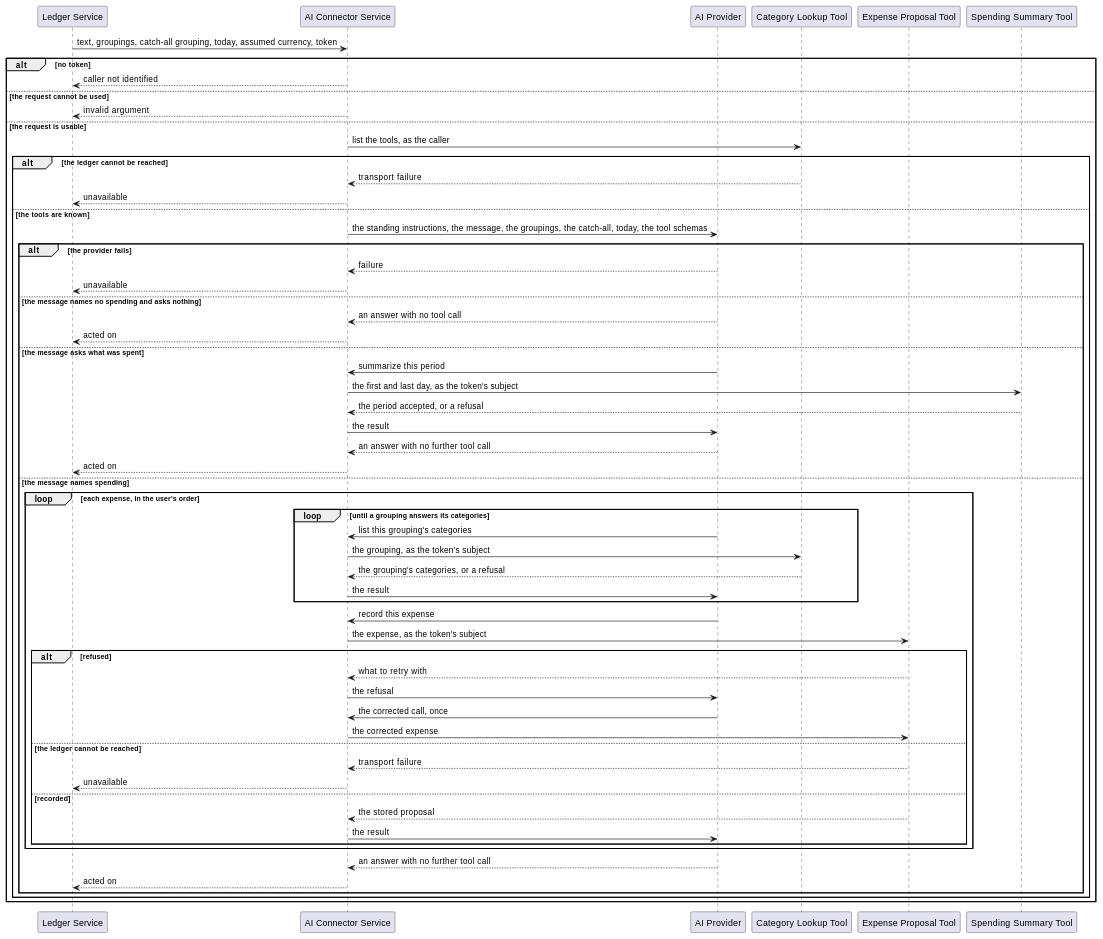
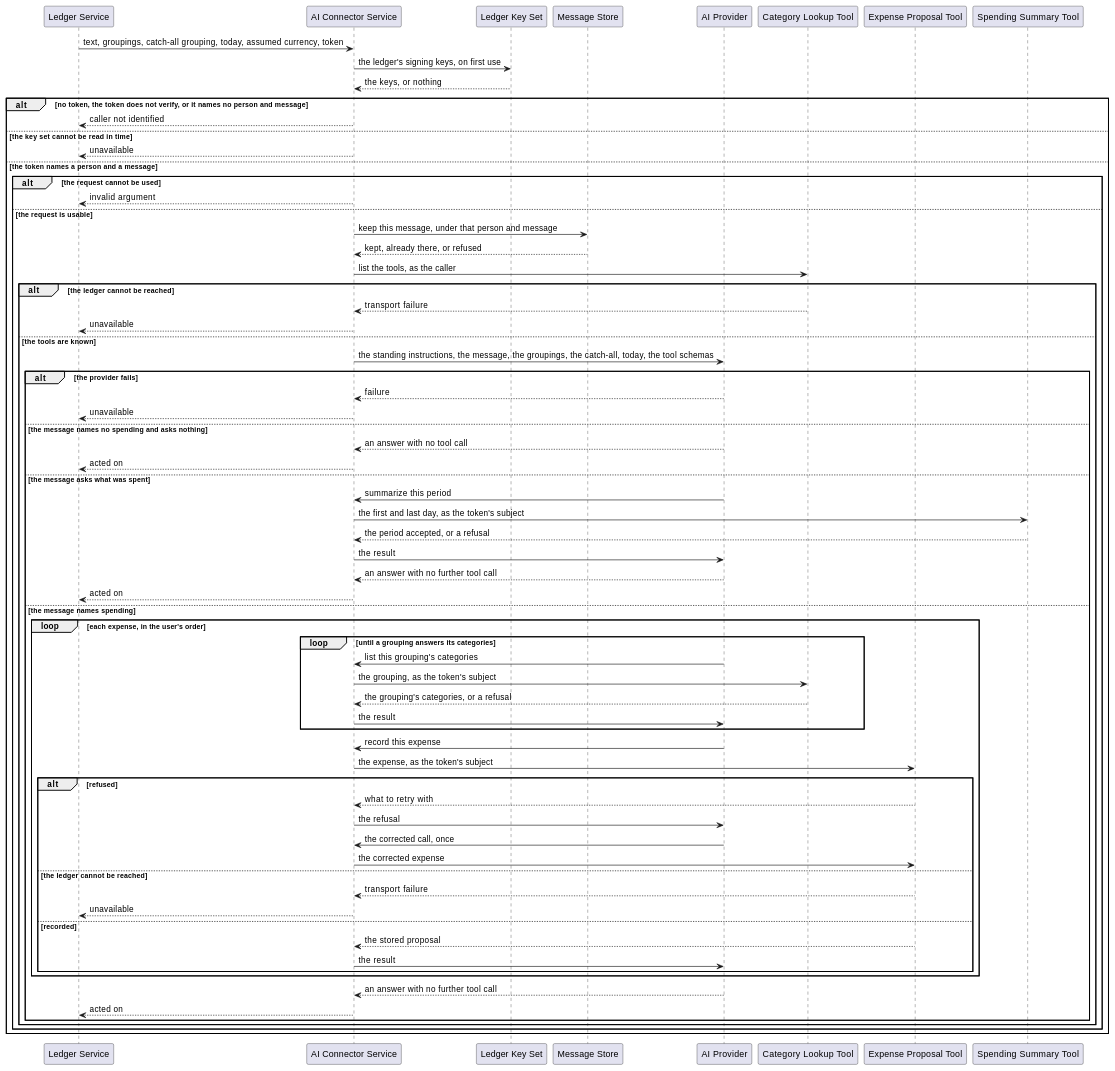
Before and after one commit to ds-usova/finance-bot: the second of 2 diagrams in ai-connector-service/docs/usecases/extract-intents.md, drawn with PlantUML. The commit also changed other lines of this file and 17 other files, not shown here.

````diff
--- a/ai-connector-service/docs/usecases/extract-intents.md
+++ b/ai-connector-service/docs/usecases/extract-intents.md
@@ -85,69 +113,79 @@
 ```plantuml
 @startuml ExtractIntents-Sequence
 participant "Ledger Service" as Caller
 participant "AI Connector Service" as Service
+participant "Ledger Key Set" as KeySet
+participant "Message Store" as Store
 participant "AI Provider" as Provider
 participant "Category Lookup Tool" as Lookup
 participant "Expense Proposal Tool" as Tool
 participant "Spending Summary Tool" as Summary
 
 Caller -> Service : text, groupings, catch-all grouping, today, assumed currency, token
+Service -> KeySet : the ledger's signing keys, on first use
+KeySet --> Service : the keys, or nothing
 
-alt no token
+alt no token, the token does not verify, or it names no person and message
     Service --> Caller : caller not identified
-else the request cannot be used
-    Service --> Caller : invalid argument
-else the request is usable
-    Service -> Lookup : list the tools, as the caller
+else the key set cannot be read in time
+    Service --> Caller : unavailable
+else the token names a person and a message
+    alt the request cannot be used
+        Service --> Caller : invalid argument
+    else the request is usable
+        Service -> Store : keep this message, under that person and message
+        Store --> Service : kept, already there, or refused
+        Service -> Lookup : list the tools, as the caller
 
-    alt the ledger cannot be reached
-        Lookup --> Service : transport failure
-        Service --> Caller : unavailable
-    else the tools are known
-        Service -> Provider : the standing instructions, the message, the groupings, the catch-all, today, the tool schemas
+        alt the ledger cannot be reached
+            Lookup --> Service : transport failure
+            Service --> Caller : unavailable
+        else the tools are known
+            Service -> Provider : the standing instructions, the message, the groupings, the catch-all, today, the tool schemas
 
-        alt the provider fails
-            Provider --> Service : failure
-            Service --> Caller : unavailable
-        else the message names no spending and asks nothing
-            Provider --> Service : an answer with no tool call
-            Service --> Caller : acted on
-        else the message asks what was spent
-            Provider -> Service : summarize this period
-            Service -> Summary : the first and last day, as the token's subject
-            Summary --> Service : the period accepted, or a refusal
-            Service -> Provider : the result
-            Provider --> Service : an answer with no further tool call
-            Service --> Caller : acted on
-        else the message names spending
-            loop each expense, in the user's order
-                loop until a grouping answers its categories
-                    Provider -> Service : list this grouping's categories
-                    Service -> Lookup : the grouping, as the token's subject
-                    Lookup --> Service : the grouping's categories, or a refusal
-                    Service -> Provider : the result
+            alt the provider fails
+                Provider --> Service : failure
+                Service --> Caller : unavailable
+            else the message names no spending and asks nothing
+                Provider --> Service : an answer with no tool call
+                Service --> Caller : acted on
+            else the message asks what was spent
+                Provider -> Service : summarize this period
+                Service -> Summary : the first and last day, as the token's subject
+                Summary --> Service : the period accepted, or a refusal
+                Service -> Provider : the result
+                Provider --> Service : an answer with no further tool call
+                Service --> Caller : acted on
+            else the message names spending
+                loop each expense, in the user's order
+                    loop until a grouping answers its categories
+                        Provider -> Service : list this grouping's categories
+                        Service -> Lookup : the grouping, as the token's subject
+                        Lookup --> Service : the grouping's categories, or a refusal
+                        Service -> Provider : the result
+                    end
+
+                    Provider -> Service : record this expense
+                    Service -> Tool : the expense, as the token's subject
+
+                    alt refused
+                        Tool --> Service : what to retry with
+                        Service -> Provider : the refusal
+                        Provider -> Service : the corrected call, once
+                        Service -> Tool : the corrected expense
+                    else the ledger cannot be reached
+                        Tool --> Service : transport failure
+                        Service --> Caller : unavailable
+                    else recorded
+                        Tool --> Service : the stored proposal
+                        Service -> Provider : the result
+                    end
                 end
-
-                Provider -> Service : record this expense
-                Service -> Tool : the expense, as the token's subject
-
-                alt refused
-                    Tool --> Service : what to retry with
-                    Service -> Provider : the refusal
-                    Provider -> Service : the corrected call, once
-                    Service -> Tool : the corrected expense
-                else the ledger cannot be reached
-                    Tool --> Service : transport failure
-                    Service --> Caller : unavailable
-                else recorded
-                    Tool --> Service : the stored proposal
-                    Service -> Provider : the result
-                end
+                Provider --> Service : an answer with no further tool call
+                Service --> Caller : acted on
             end
-            Provider --> Service : an answer with no further tool call
-            Service --> Caller : acted on
         end
     end
 end
 @enduml
 ```
````
